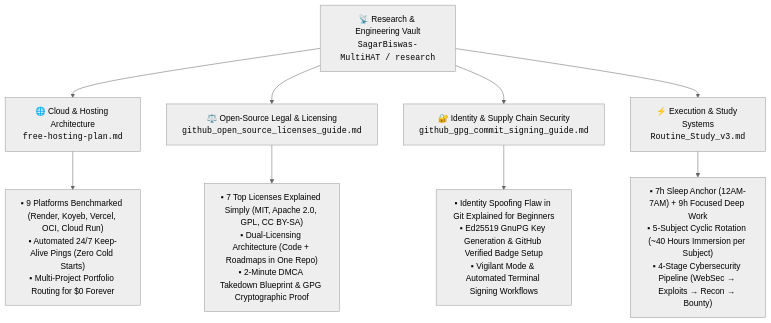
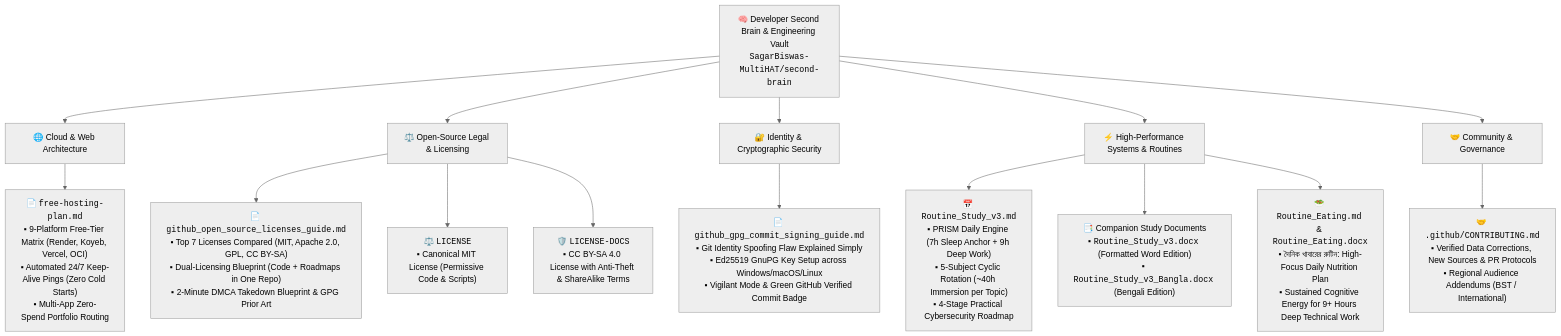
One commit to SagarBiswas-MultiHAT/developer-survival-kit changed the diagram in README.md. Above: the diagram before and after it, drawn with Mermaid (neutral theme). The commit also changed other lines of this file and 7 other files, not shown here.

First line of the commit message:
docs: rebrand to second-brain and finalize engineering playbooks

````diff
--- a/README.md
+++ b/README.md
@@ -92,14 +92,30 @@
 ```mermaid
+%%{init: {'flowchart': {'wrappingWidth': 170}}}%%
 flowchart TD
-    Vault["📡 Research & Engineering Vault<br/><code>SagarBiswas-MultiHAT / research</code>"]
+    Vault["🧠 Developer Second Brain & Engineering Vault<br/><code>SagarBiswas-MultiHAT/second-brain</code>"]
 
-    Vault --> Cloud["🌐 Cloud & Hosting Architecture<br/><code>free-hosting-plan.md</code>"]
-    Vault --> Legal["⚖️ Open-Source Legal & Licensing<br/><code>github_open_source_licenses_guide.md</code>"]
-    Vault --> Sec["🔐 Identity & Supply Chain Security<br/><code>github_gpg_commit_signing_guide.md</code>"]
-    Vault --> Execution["⚡ Execution & Study Systems<br/><code>Routine_Study_v3.md</code>"]
+    Vault --> Cloud["🌐 Cloud & Web Architecture"]
+    Vault --> Legal["⚖️ Open-Source Legal & Licensing"]
+    Vault --> Sec["🔐 Identity & Cryptographic Security"]
+    Vault --> Execution["⚡ High-Performance Systems & Routines"]
+    Vault --> Gov["🤝 Community & Governance"]
 
-    Cloud --> C1["▪ 9 Platforms Benchmarked (Render, Koyeb, Vercel, OCI, Cloud Run)<br/>▪ Automated 24/7 Keep-Alive Pings (Zero Cold Starts)<br/>▪ Multi-Project Portfolio Routing for $0 Forever"]
-    Legal --> L1["▪ 7 Top Licenses Explained Simply (MIT, Apache 2.0, GPL, CC BY-SA)<br/>▪ Dual-Licensing Architecture (Code + Roadmaps in One Repo)<br/>▪ 2-Minute DMCA Takedown Blueprint & GPG Cryptographic Proof"]
-    Sec --> S1["▪ Identity Spoofing Flaw in Git Explained for Beginners<br/>▪ Ed25519 GnuPG Key Generation & GitHub Verified Badge Setup<br/>▪ Vigilant Mode & Automated Terminal Signing Workflows"]
-    Execution --> E1["▪ 7h Sleep Anchor (12AM-7AM) + 9h Focused Deep Work<br/>▪ 5-Subject Cyclic Rotation (~40 Hours Immersion per Subject)<br/>▪ 4-Stage Cybersecurity Pipeline (WebSec → Exploits → Recon → Bounty)"]
+    %% Cloud Branch
+    Cloud --> F_Hosting["📄 <code>free-hosting-plan.md</code><br/>▪ 9-Platform Free-Tier Matrix (Render, Koyeb, Vercel, OCI)<br/>▪ Automated 24/7 Keep-Alive Pings (Zero Cold Starts)<br/>▪ Multi-App Zero-Spend Portfolio Routing"]
+
+    %% Legal Branch
+    Legal --> F_LicenseGuide["📄 <code>github_open_source_licenses_guide.md</code><br/>▪ Top 7 Licenses Compared (MIT, Apache 2.0, GPL, CC BY-SA)<br/>▪ Dual-Licensing Blueprint (Code + Roadmaps in One Repo)<br/>▪ 2-Minute DMCA Takedown Blueprint & GPG Prior Art"]
+    Legal --> F_MIT["⚖️ <code>LICENSE</code><br/>▪ Canonical MIT License (Permissive Code & Scripts)"]
+    Legal --> F_CC["🛡️ <code>LICENSE-DOCS</code><br/>▪ CC BY-SA 4.0 License with Anti-Theft & ShareAlike Terms"]
+
+    %% Security Branch
+    Sec --> F_GPG["📄 <code>github_gpg_commit_signing_guide.md</code><br/>▪ Git Identity Spoofing Flaw Explained Simply<br/>▪ Ed25519 GnuPG Key Setup across Windows/macOS/Linux<br/>▪ Vigilant Mode & Green GitHub Verified Commit Badge"]
+
+    %% Execution Branch
+    Execution --> F_Study["📅 <code>Routine_Study_v3.md</code><br/>▪ PRISM Daily Engine (7h Sleep Anchor + 9h Deep Work)<br/>▪ 5-Subject Cyclic Rotation (~40h Immersion per Topic)<br/>▪ 4-Stage Practical Cybersecurity Roadmap"]
+    Execution --> F_StudyDocs["📑 Companion Study Documents<br/>▪ <code>Routine_Study_v3.docx</code> (Formatted Word Edition)<br/>▪ <code>Routine_Study_v3_Bangla.docx</code> (Bengali Edition)"]
+    Execution --> F_Eating["🥗 <code>Routine_Eating.md</code> & <code>Routine_Eating.docx</code><br/>▪ দৈনিক খাবারের রুটিন: High-Focus Daily Nutrition Plan<br/>▪ Sustained Cognitive Energy for 9+ Hours Deep Technical Work"]
+
+    %% Governance Branch
+    Gov --> F_Contrib["🤝 <code>.github/CONTRIBUTING.md</code><br/>▪ Verified Data Corrections, New Sources & PR Protocols<br/>▪ Regional Audience Addendums (BST / International)"]
 ```
````
